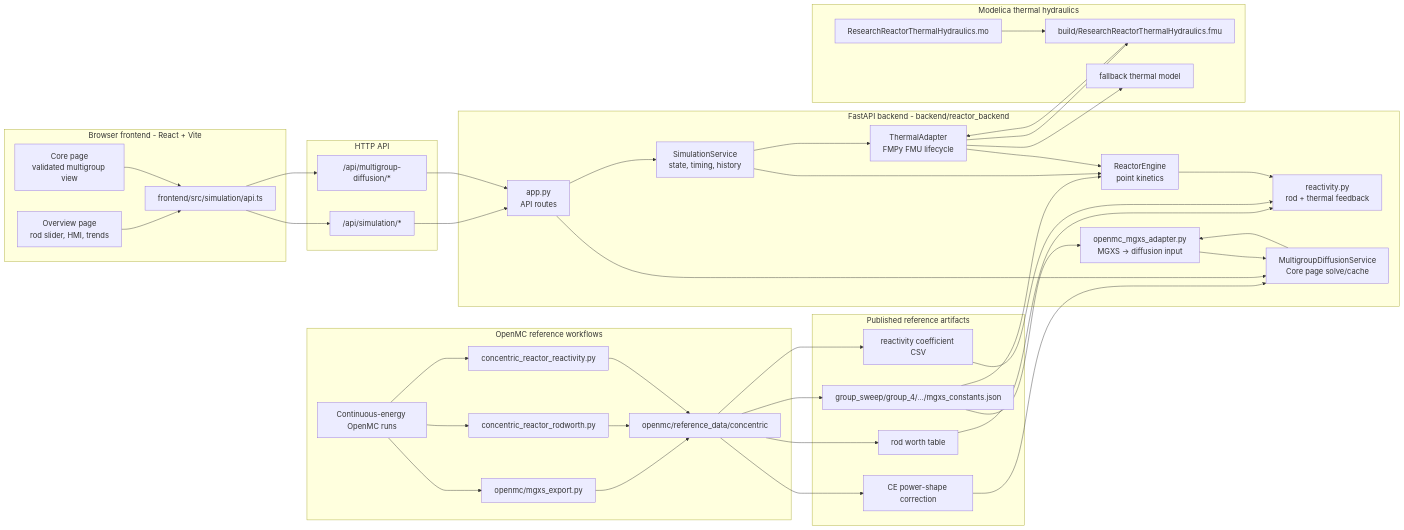
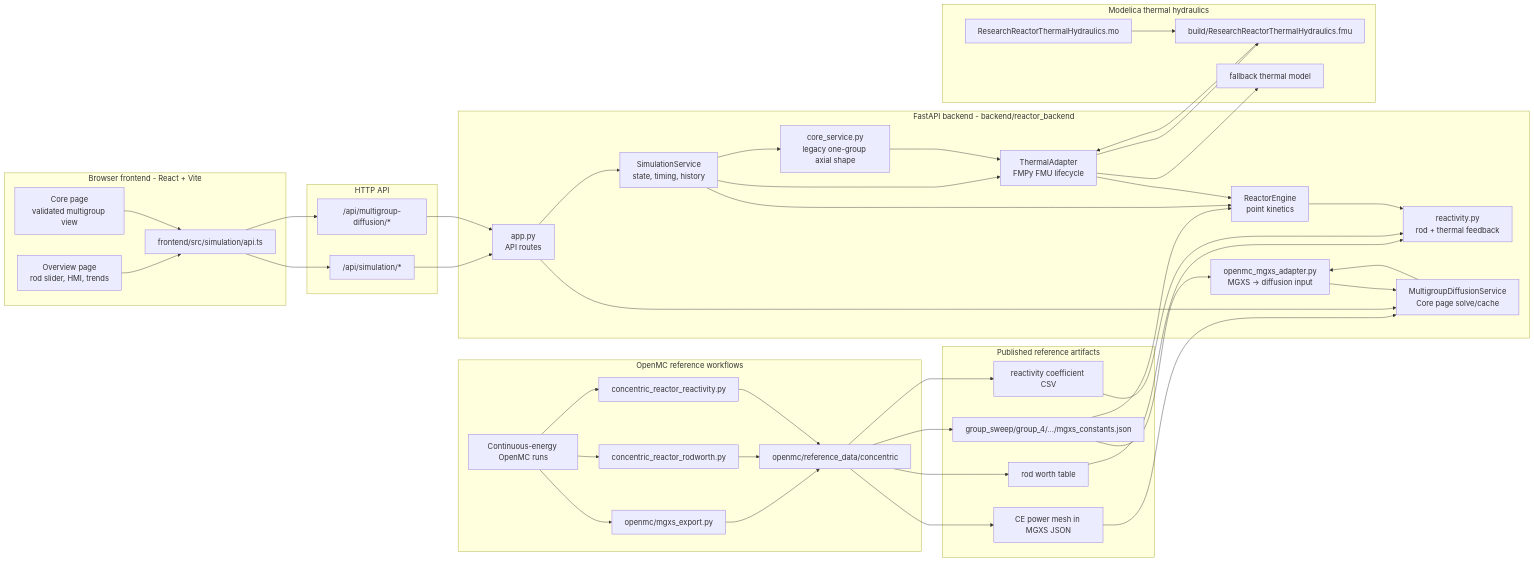
Before and after one commit to pllagunos/ReactorKineticsLab: the diagram in docs/system_architecture.md, drawn with Mermaid. The commit also changed other lines of this file and 16 other files, not shown here.

```diff
--- a/docs/system_architecture.md
+++ b/docs/system_architecture.md
@@ -18,7 +18,7 @@
     MGXSJson["group_sweep/group_4/.../mgxs_constants.json"]
     RodWorthData["rod worth table"]
     ReactivityCoeffData["reactivity coefficient CSV"]
-    PowerShapeData["CE power-shape correction"]
+    PowerShapeData["CE power mesh in MGXS JSON"]
   end
 
   subgraph Frontend["Browser frontend - React + Vite"]
@@ -33,6 +33,7 @@
     Engine["ReactorEngine<br/>point kinetics"]
     Reactivity["reactivity.py<br/>rod + thermal feedback"]
     ThermalAdapter["ThermalAdapter<br/>FMPy FMU lifecycle"]
+    AxialShape["core_service.py<br/>legacy one-group axial shape"]
     MultigroupService["MultigroupDiffusionService<br/>Core page solve/cache"]
     MGXSAdapter["openmc_mgxs_adapter.py<br/>MGXS -> diffusion input"]
   end
@@ -76,6 +77,8 @@
   App --> MultigroupService
   Service --> Engine
   Service --> ThermalAdapter
+  Service --> AxialShape
+  AxialShape --> ThermalAdapter
   Engine --> Reactivity
   ThermalAdapter --> Engine
 
```
